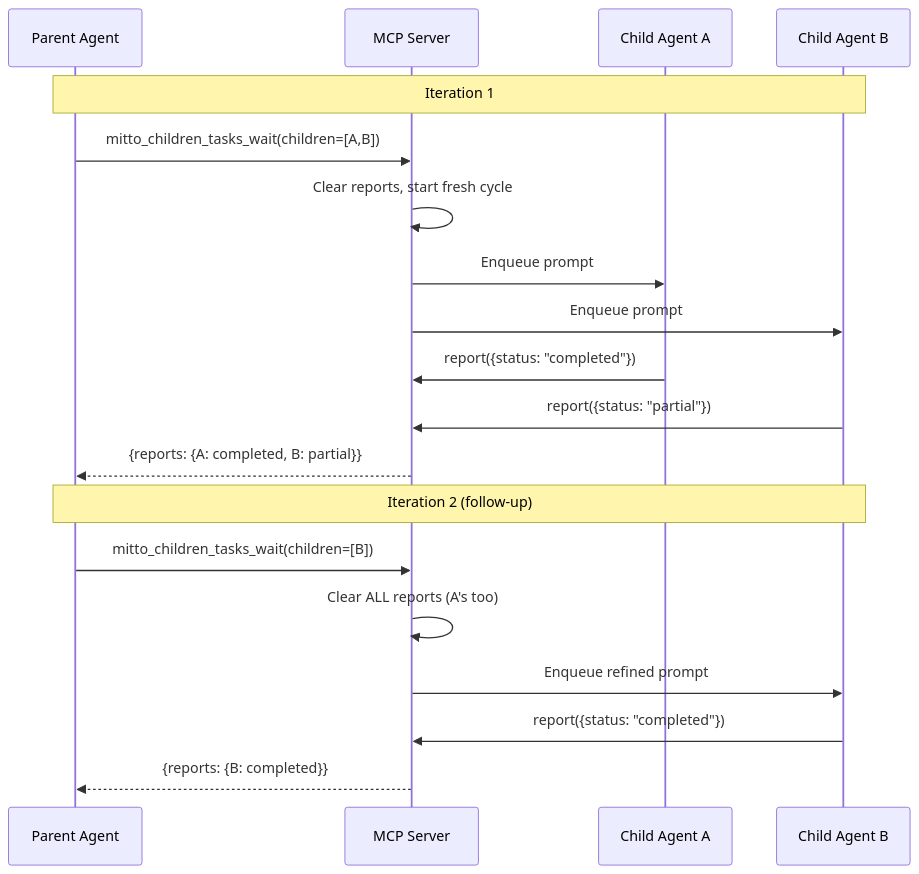
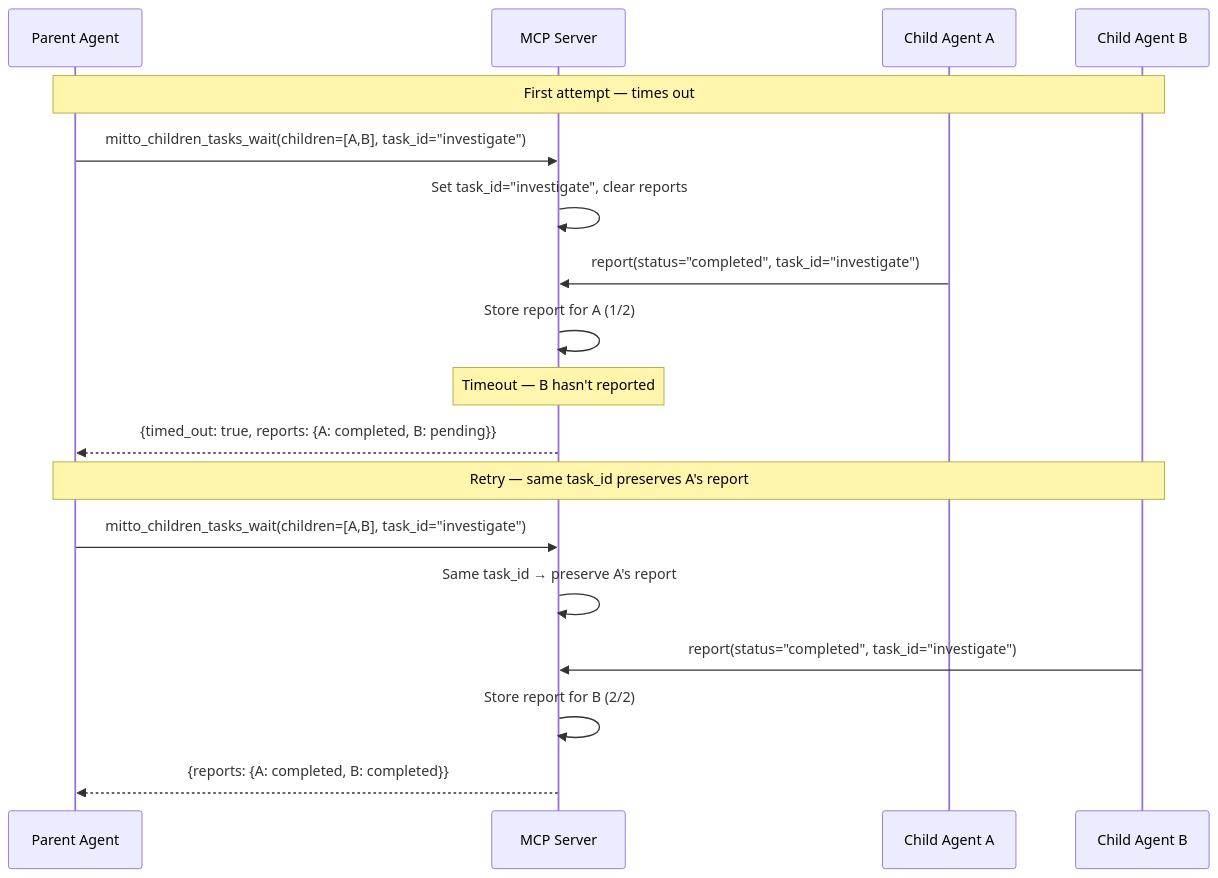
Before and after one commit to inercia/mitto: the third of 5 diagrams in docs/devel/mcp.md, drawn with Mermaid. The commit also changed other lines of this file and 13 other files, not shown here.

````diff
--- a/docs/devel/mcp.md
+++ b/docs/devel/mcp.md
@@ -639,23 +646,22 @@
 ```mermaid
 sequenceDiagram
     participant Parent as Parent Agent
     participant MCP as MCP Server
     participant Child1 as Child Agent A
     participant Child2 as Child Agent B
 
-    Note over Parent,Child2: Iteration 1
-    Parent->>MCP: mitto_children_tasks_wait(children=[A,B])
-    MCP->>MCP: Clear reports, start fresh cycle
-    MCP->>Child1: Enqueue prompt
-    MCP->>Child2: Enqueue prompt
-    Child1->>MCP: report({status: "completed"})
-    Child2->>MCP: report({status: "partial"})
-    MCP-->>Parent: {reports: {A: completed, B: partial}}
+    Note over Parent,Child2: First attempt — times out
+    Parent->>MCP: mitto_children_tasks_wait(children=[A,B], task_id="investigate")
+    MCP->>MCP: Set task_id="investigate", clear reports
+    Child1->>MCP: report(status="completed", task_id="investigate")
+    MCP->>MCP: Store report for A (1/2)
+    Note over MCP: Timeout — B hasn't reported
+    MCP-->>Parent: {timed_out: true, reports: {A: completed, B: pending}}
 
-    Note over Parent,Child2: Iteration 2 (follow-up)
-    Parent->>MCP: mitto_children_tasks_wait(children=[B])
-    MCP->>MCP: Clear ALL reports (A's too)
-    MCP->>Child2: Enqueue refined prompt
-    Child2->>MCP: report({status: "completed"})
-    MCP-->>Parent: {reports: {B: completed}}
+    Note over Parent,Child2: Retry — same task_id preserves A's report
+    Parent->>MCP: mitto_children_tasks_wait(children=[A,B], task_id="investigate")
+    MCP->>MCP: Same task_id → preserve A's report
+    Child2->>MCP: report(status="completed", task_id="investigate")
+    MCP->>MCP: Store report for B (2/2)
+    MCP-->>Parent: {reports: {A: completed, B: completed}}
 ```
````
